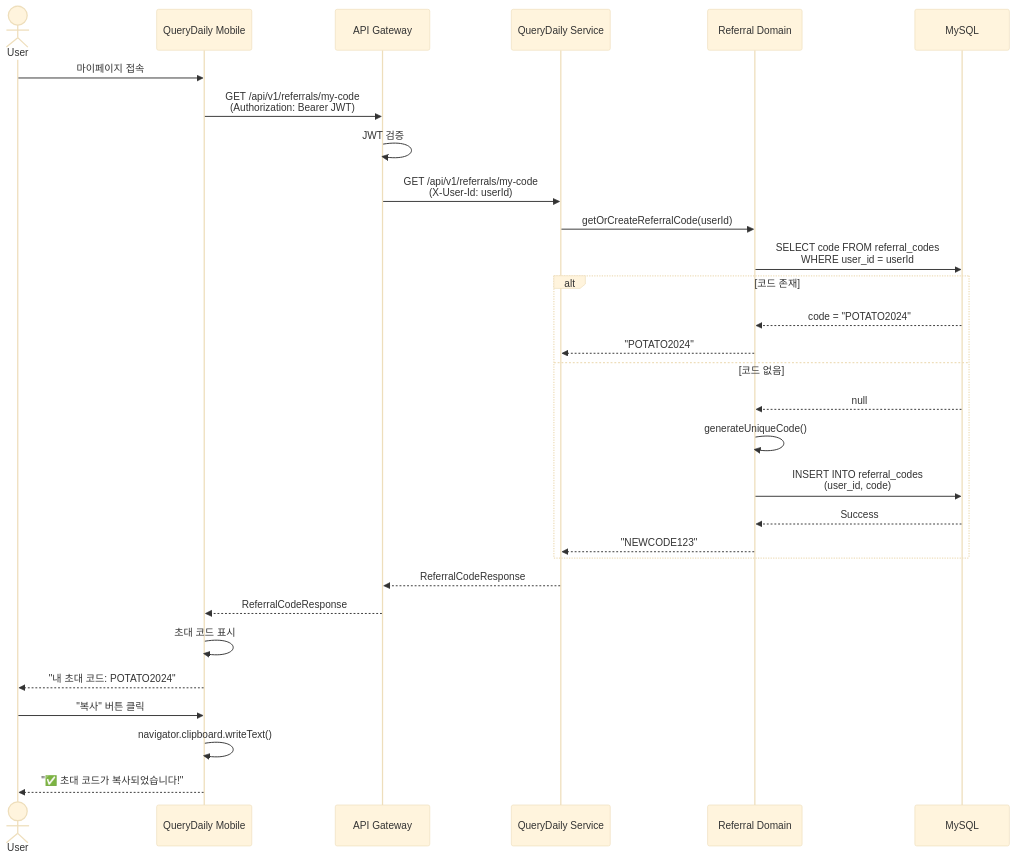
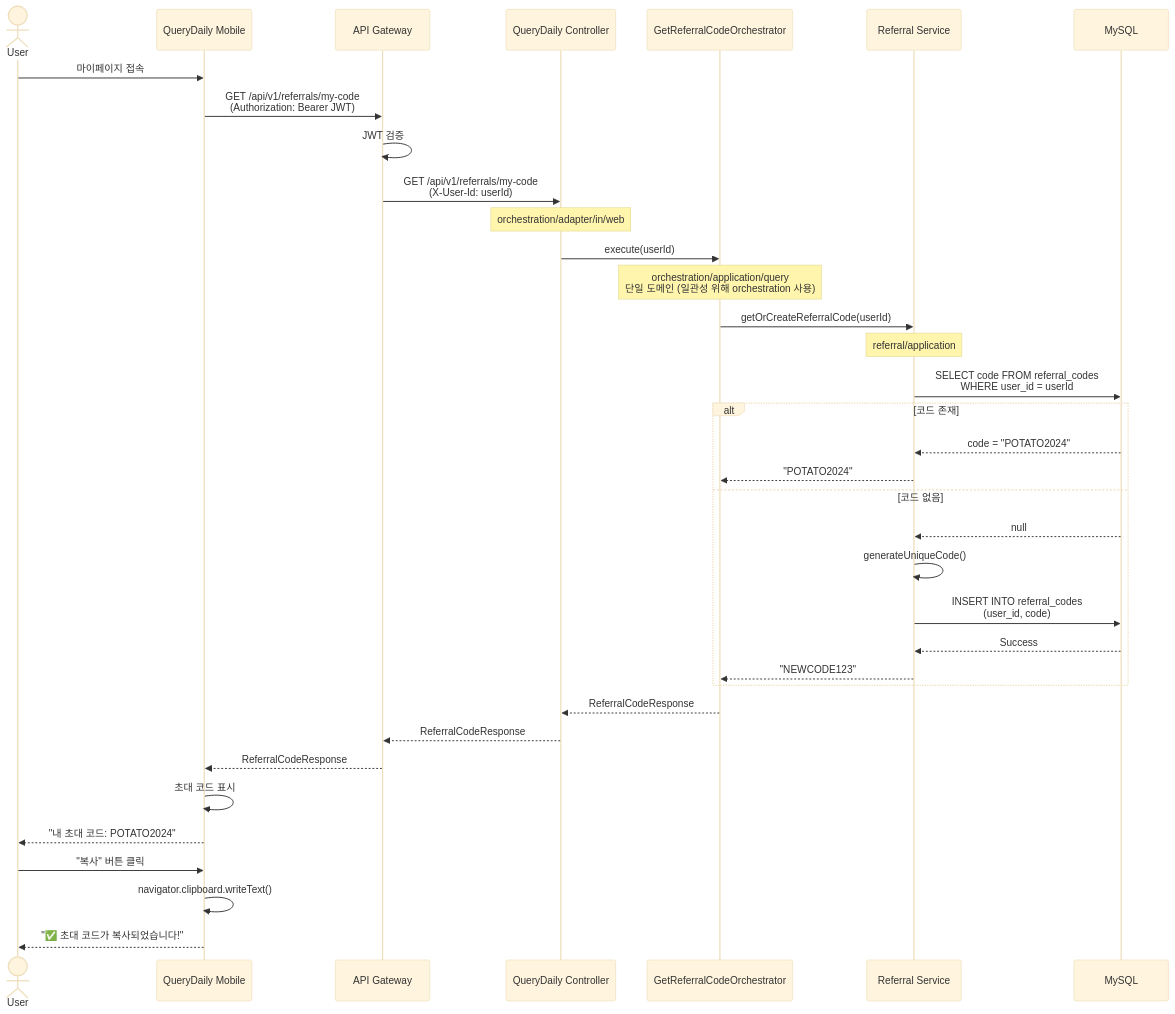
One commit to AsyncSite/querydaily-frontend changed the tenth of 12 diagrams in docs/plan/MOBILE_MVP_ROADMAP.md. Above: the diagram before and after it, drawn with Mermaid (base theme). The commit also changed other lines of this file, not shown here.

First line of the commit message:
refactor: Update all sequence diagrams with orchestration architecture

````diff
--- a/docs/plan/MOBILE_MVP_ROADMAP.md
+++ b/docs/plan/MOBILE_MVP_ROADMAP.md
@@ -2284,37 +2304,45 @@
 ```mermaid
 sequenceDiagram
     actor User
     participant Mobile as QueryDaily Mobile
     participant Gateway as API Gateway
-    participant QDService as QueryDaily Service
-    participant ReferralDomain as Referral Domain
+    participant Controller as QueryDaily Controller
+    participant Orchestrator as GetReferralCodeOrchestrator
+    participant ReferralSvc as Referral Service
     participant DB as MySQL
 
     User->>Mobile: 마이페이지 접속
     Mobile->>Gateway: GET /api/v1/referrals/my-code<br/>(Authorization: Bearer JWT)
     Gateway->>Gateway: JWT 검증
-    Gateway->>QDService: GET /api/v1/referrals/my-code<br/>(X-User-Id: userId)
+    Gateway->>Controller: GET /api/v1/referrals/my-code<br/>(X-User-Id: userId)
 
-    QDService->>ReferralDomain: getOrCreateReferralCode(userId)
-    ReferralDomain->>DB: SELECT code FROM referral_codes<br/>WHERE user_id = userId
+    Note over Controller: orchestration/adapter/in/web
+    Controller->>Orchestrator: execute(userId)
+
+    Note over Orchestrator: orchestration/application/query<br/>단일 도메인 (일관성 위해 orchestration 사용)
+
+    Orchestrator->>ReferralSvc: getOrCreateReferralCode(userId)
+    Note over ReferralSvc: referral/application
+    ReferralSvc->>DB: SELECT code FROM referral_codes<br/>WHERE user_id = userId
 
     alt 코드 존재
-        DB-->>ReferralDomain: code = "POTATO2024"
-        ReferralDomain-->>QDService: "POTATO2024"
+        DB-->>ReferralSvc: code = "POTATO2024"
+        ReferralSvc-->>Orchestrator: "POTATO2024"
     else 코드 없음
-        DB-->>ReferralDomain: null
-        ReferralDomain->>ReferralDomain: generateUniqueCode()
-        ReferralDomain->>DB: INSERT INTO referral_codes<br/>(user_id, code)
-        DB-->>ReferralDomain: Success
-        ReferralDomain-->>QDService: "NEWCODE123"
+        DB-->>ReferralSvc: null
+        ReferralSvc->>ReferralSvc: generateUniqueCode()
+        ReferralSvc->>DB: INSERT INTO referral_codes<br/>(user_id, code)
+        DB-->>ReferralSvc: Success
+        ReferralSvc-->>Orchestrator: "NEWCODE123"
     end
 
-    QDService-->>Gateway: ReferralCodeResponse
+    Orchestrator-->>Controller: ReferralCodeResponse
+    Controller-->>Gateway: ReferralCodeResponse
     Gateway-->>Mobile: ReferralCodeResponse
     Mobile->>Mobile: 초대 코드 표시
     Mobile-->>User: "내 초대 코드: POTATO2024"
 
     User->>Mobile: "복사" 버튼 클릭
     Mobile->>Mobile: navigator.clipboard.writeText()
     Mobile-->>User: "✅ 초대 코드가 복사되었습니다!"
 ```
````
